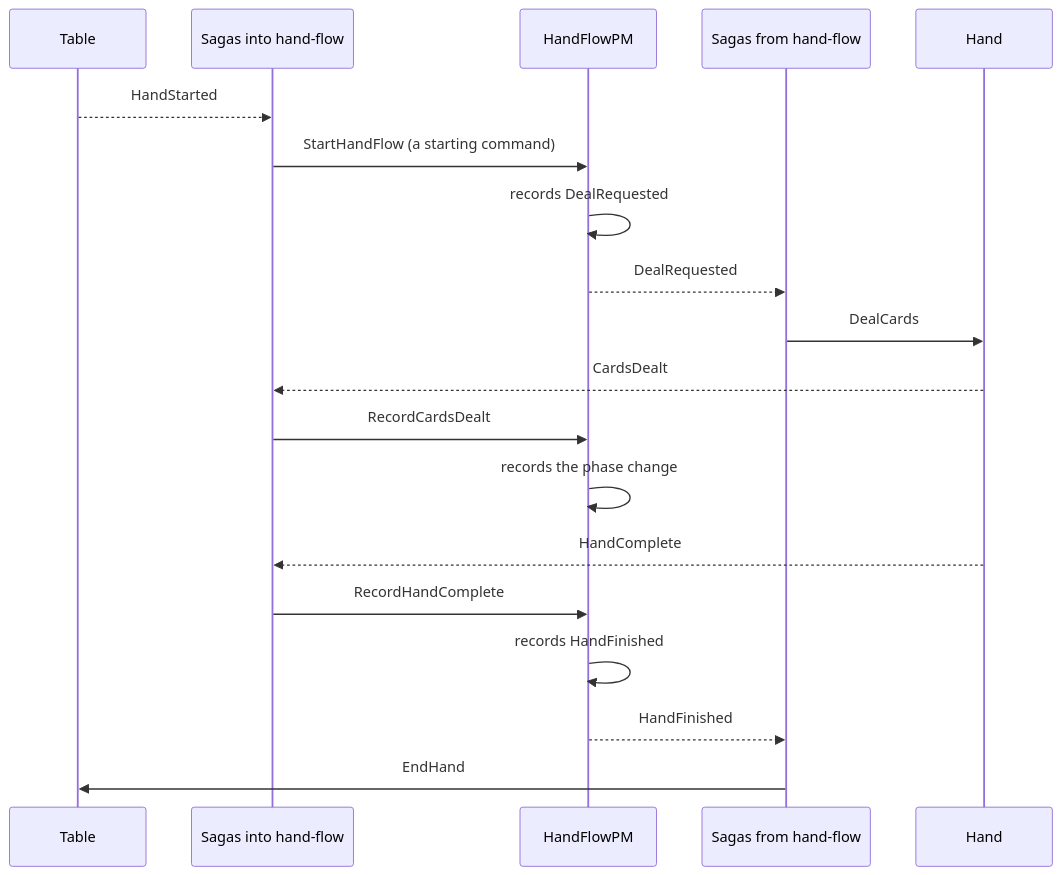
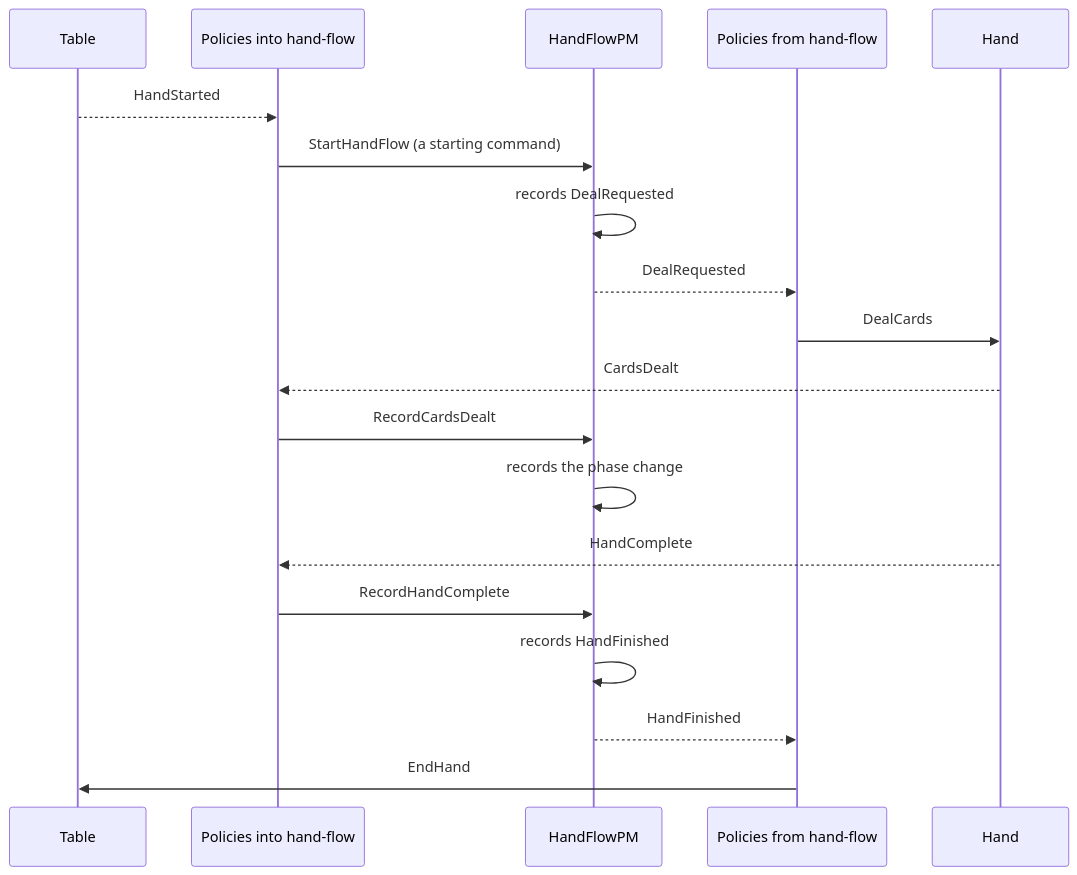
Before and after one commit to angzarr-io/angzarr-project: the diagram in site/src/content/docs/components/process-manager.mdx, drawn with Mermaid. The commit also changed other lines of this file and 52 other files, not shown here.

````diff
--- a/site/src/content/docs/components/process-manager.mdx
+++ b/site/src/content/docs/components/process-manager.mdx
@@ -52,22 +52,22 @@
 ```mermaid
 sequenceDiagram
     participant T as Table
-    participant SI as Sagas into hand-flow
+    participant SI as Policies into hand-flow
     participant PM as HandFlowPM
-    participant SO as Sagas from hand-flow
+    participant SO as Policies from hand-flow
     participant H as Hand
 
     T-->>SI: HandStarted
     SI->>PM: StartHandFlow (a starting command)
     PM->>PM: records DealRequested
     PM-->>SO: DealRequested
     SO->>H: DealCards
     H-->>SI: CardsDealt
     SI->>PM: RecordCardsDealt
     PM->>PM: records the phase change
     H-->>SI: HandComplete
     SI->>PM: RecordHandComplete
     PM->>PM: records HandFinished
     PM-->>SO: HandFinished
     SO->>T: EndHand
 ```
````
